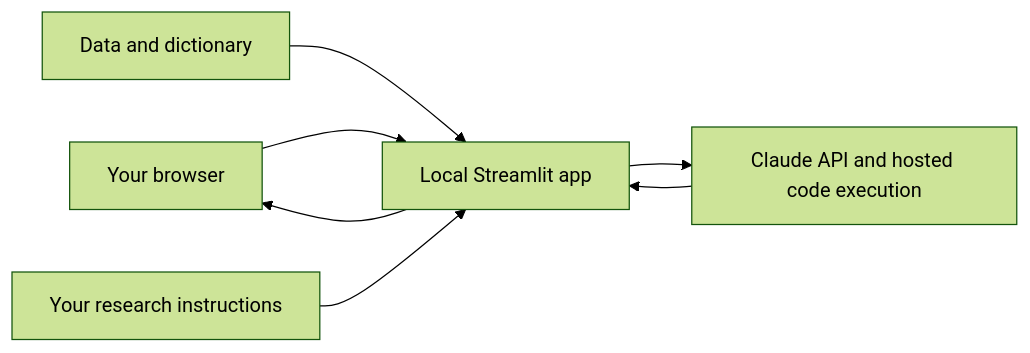
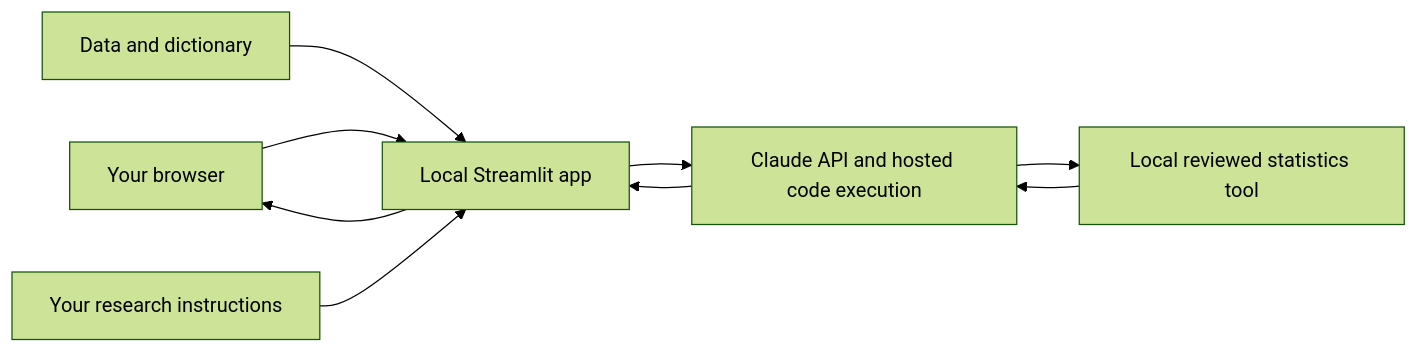
Before and after one commit to CentralMoment/TMAG-example-for-creating-ones-own-research-assistant-LLM: the diagram in README.md, drawn with Mermaid (forest theme). The commit also changed other lines of this file and 86 other files, not shown here.

````diff
--- a/README.md
+++ b/README.md
@@ -30,9 +37,11 @@
 ```mermaid
 flowchart LR
   A[Your browser] --> B[Local Streamlit app]
   C[Data and dictionary] --> B
   D[Your research instructions] --> B
   B --> E[Claude API and hosted code execution]
+  E --> F[Local reviewed statistics tool]
+  F --> E
   E --> B
   B --> A
 ```
````
